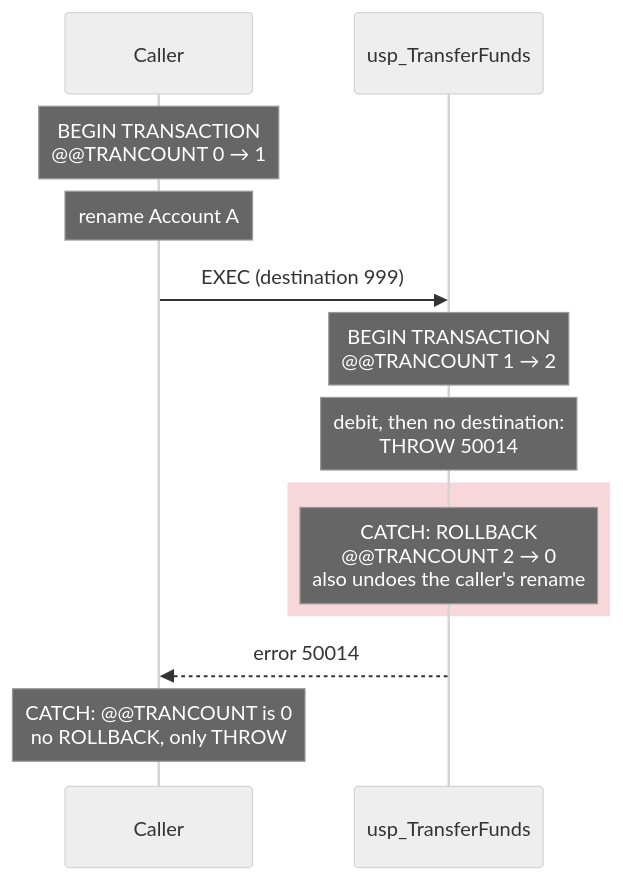
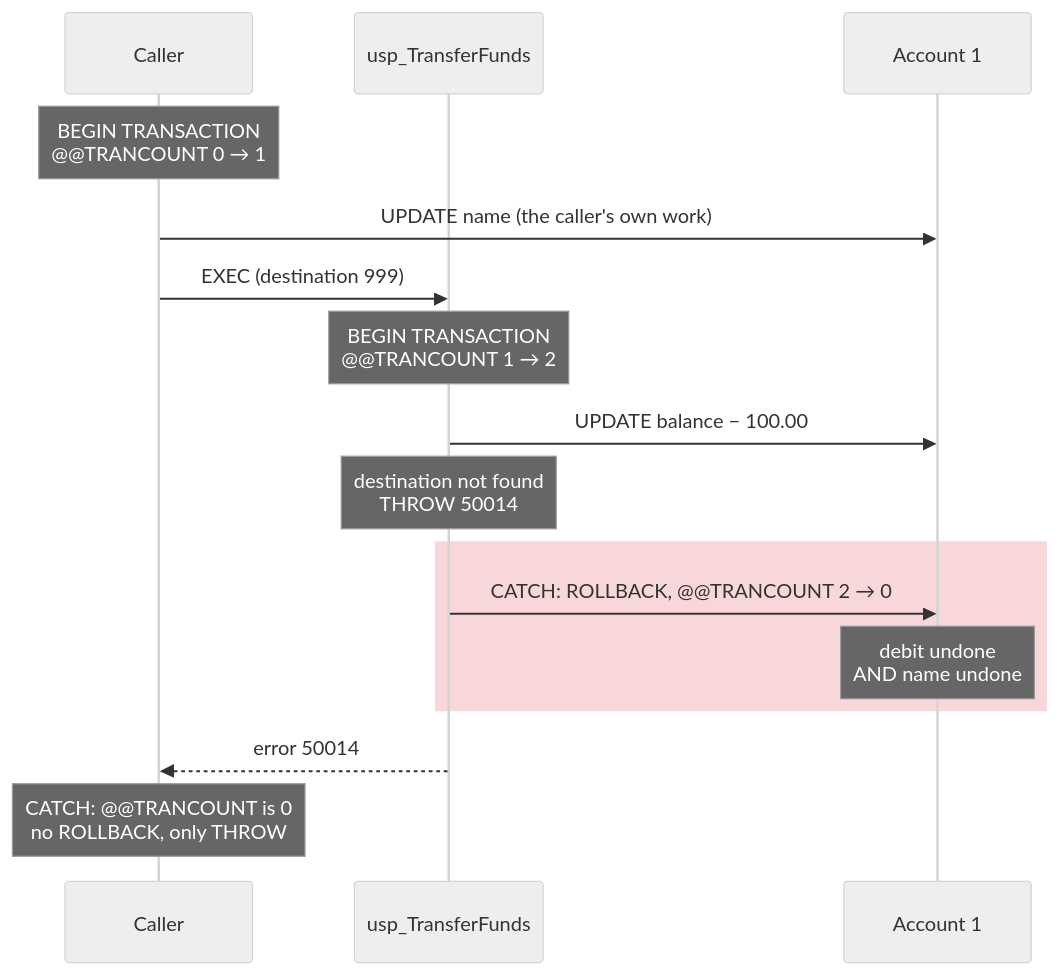
The sixth of 10 diagrams in labs/lab09-transactions.md (tjovic/database-design-labs-public), drawn with Mermaid (neutral theme) before and after one commit.

````diff
--- a/labs/lab09-transactions.md
+++ b/labs/lab09-transactions.md
@@ -1926,15 +1926,18 @@
 ```mermaid
 sequenceDiagram
     participant C as Caller
     participant P as usp_TransferFunds
+    participant A as Account 1
     Note over C: BEGIN TRANSACTION<br>@@TRANCOUNT 0 → 1
-    Note over C: rename Account A
+    C->>A: UPDATE name (the caller's own work)
     C->>P: EXEC (destination 999)
     Note over P: BEGIN TRANSACTION<br>@@TRANCOUNT 1 → 2
-    Note over P: debit, then no destination:<br>THROW 50014
+    P->>A: UPDATE balance − 100.00
+    Note over P: destination not found<br>THROW 50014
     rect rgb(248, 215, 218)
-    Note over P: CATCH: ROLLBACK<br>@@TRANCOUNT 2 → 0<br>also undoes the caller's rename
+    P->>A: CATCH: ROLLBACK, @@TRANCOUNT 2 → 0
+    Note over A: debit undone<br>AND name undone
     end
     P-->>C: error 50014
     Note over C: CATCH: @@TRANCOUNT is 0<br>no ROLLBACK, only THROW
 ```
````
